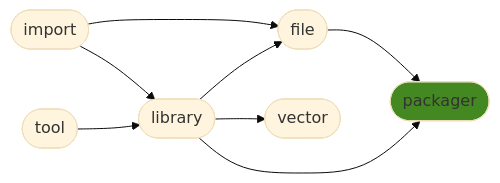
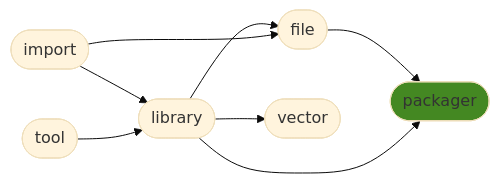
Before and after one commit to ManderaGeneral/generalpackager: the diagram in README.md, drawn with Mermaid (base theme). The commit also changed other lines of this file, not shown here.

````diff
--- a/README.md
+++ b/README.md
@@ -24,17 +24,17 @@
 ```mermaid
 flowchart LR
+2([library]) --> 4([vector])
 0([import]) --> 2([library])
-0([import]) --> 3([file])
-1([tool]) --> 2([library])
 2([library]) --> 3([file])
 3([file]) --> 5([packager])
-2([library]) --> 4([vector])
+1([tool]) --> 2([library])
+0([import]) --> 3([file])
 2([library]) --> 5([packager])
 click 0 "https://github.com/ManderaGeneral/generalimport"
 click 1 "https://github.com/ManderaGeneral/generaltool"
 click 2 "https://github.com/ManderaGeneral/generallibrary"
 click 3 "https://github.com/ManderaGeneral/generalfile"
 click 4 "https://github.com/ManderaGeneral/generalvector"
 click 5 "https://github.com/ManderaGeneral/generalpackager"
 style 5 fill:#482
 ```
````
